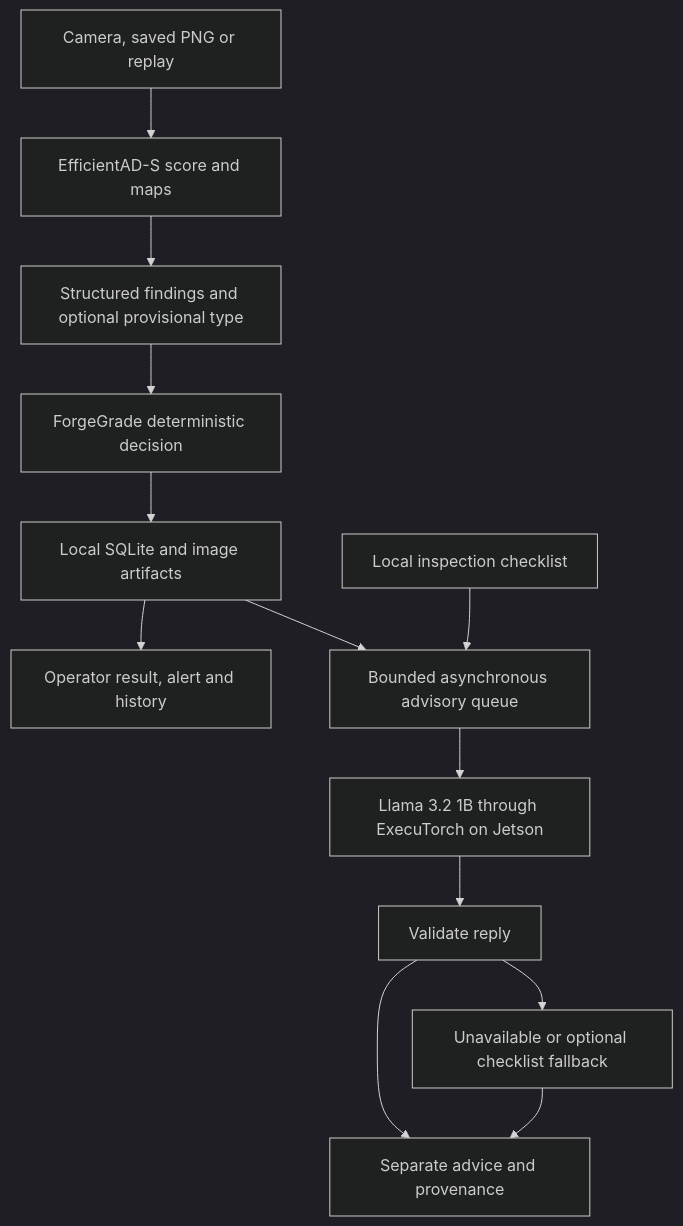
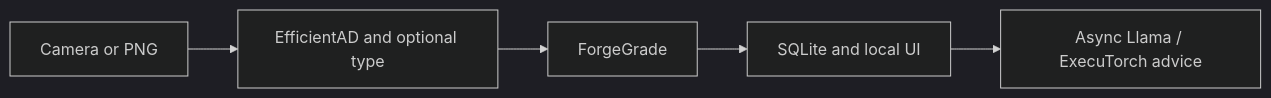
One commit to honey-cake7/ForgeSight changed the diagram in README.md. Above: the diagram before and after it, drawn with Mermaid (dark theme). The commit also changed other lines of this file and 71 other files, not shown here.

````diff
--- a/README.md
+++ b/README.md
@@ -138,15 +40,7 @@
 ```mermaid
-flowchart TD
-    Input[Camera, saved PNG or replay] --> Vision[EfficientAD-S score and maps]
-    Vision --> Findings[Structured findings and optional provisional type]
-    Findings --> Grade[ForgeGrade deterministic decision]
-    Grade --> Store[Local SQLite and image artifacts]
-    Store --> UI[Operator result, alert and history]
-    Store --> Queue[Bounded asynchronous advisory queue]
-    Checklist[Local inspection checklist] --> Queue
-    Queue --> Llama[Llama 3.2 1B through ExecuTorch on Jetson]
-    Llama --> Guard[Validate reply]
-    Guard --> Advice[Separate advice and provenance]
-    Guard --> Failure[Unavailable or optional checklist fallback]
-    Failure --> Advice
+flowchart LR
+    Input[Camera or PNG] --> Vision[EfficientAD and optional type]
+    Vision --> Grade[ForgeGrade]
+    Grade --> Store[SQLite and local UI]
+    Store --> Advice[Async Llama / ExecuTorch advice]
 ```
````
